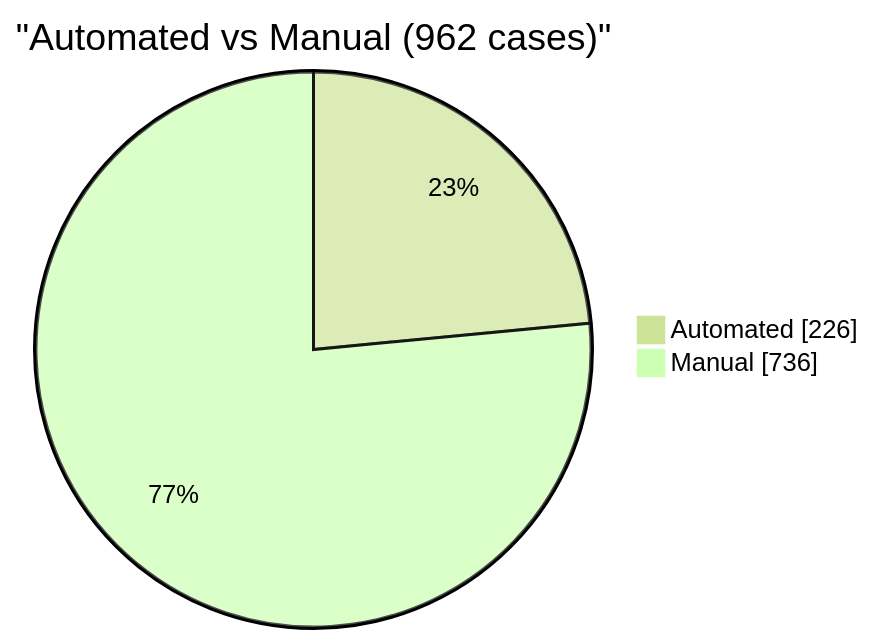
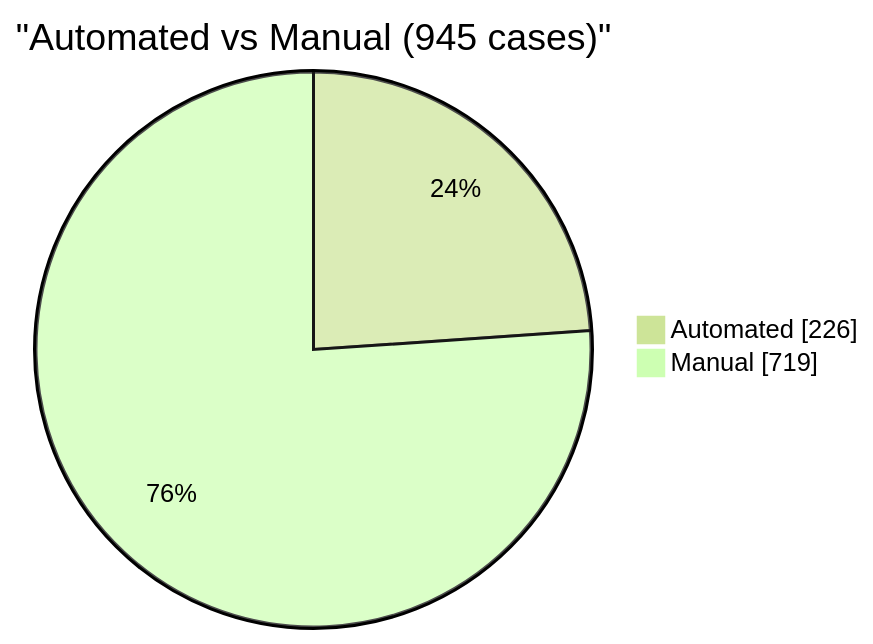
One commit to EliteaAI/onetest-ai-tm-Elitea changed the fifth of 6 diagrams in reports/dashboard.md. Above: the diagram before and after it, drawn with Mermaid (forest theme). The commit also changed other lines of this file and 1 other file, not shown here.

````diff
--- a/reports/dashboard.md
+++ b/reports/dashboard.md
@@ -108,6 +108,6 @@
 ```mermaid
 pie showData
-    title "Automated vs Manual (962 cases)"
+    title "Automated vs Manual (945 cases)"
     "Automated" : 226
-    "Manual" : 736
+    "Manual" : 719
 ```
````
